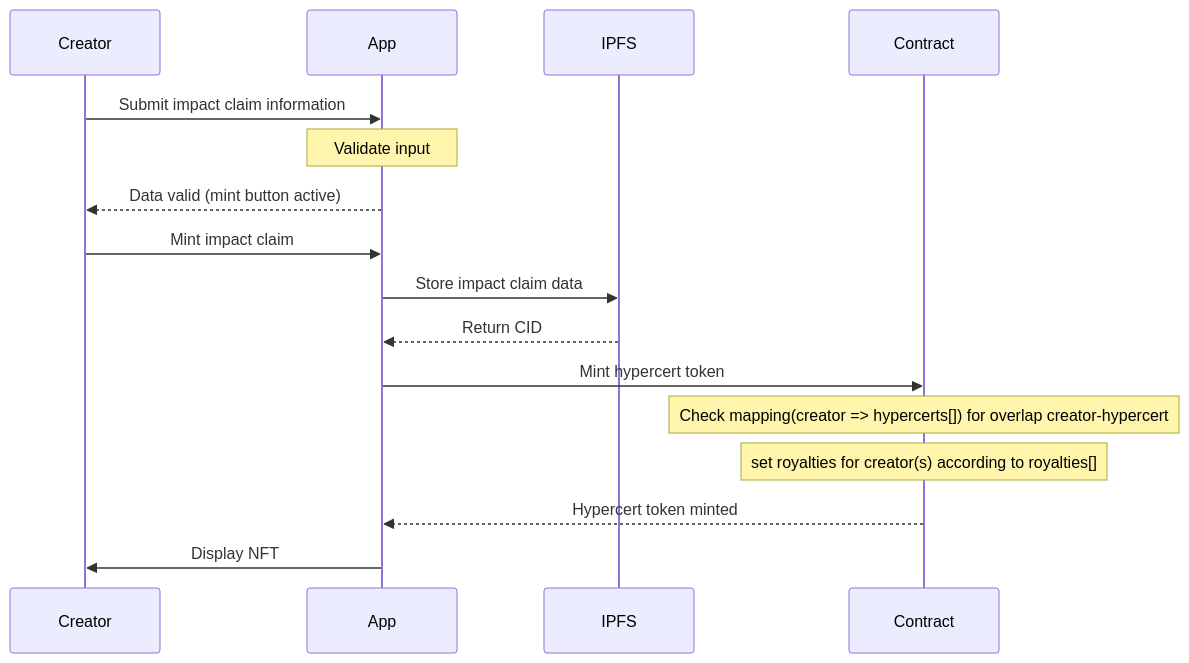
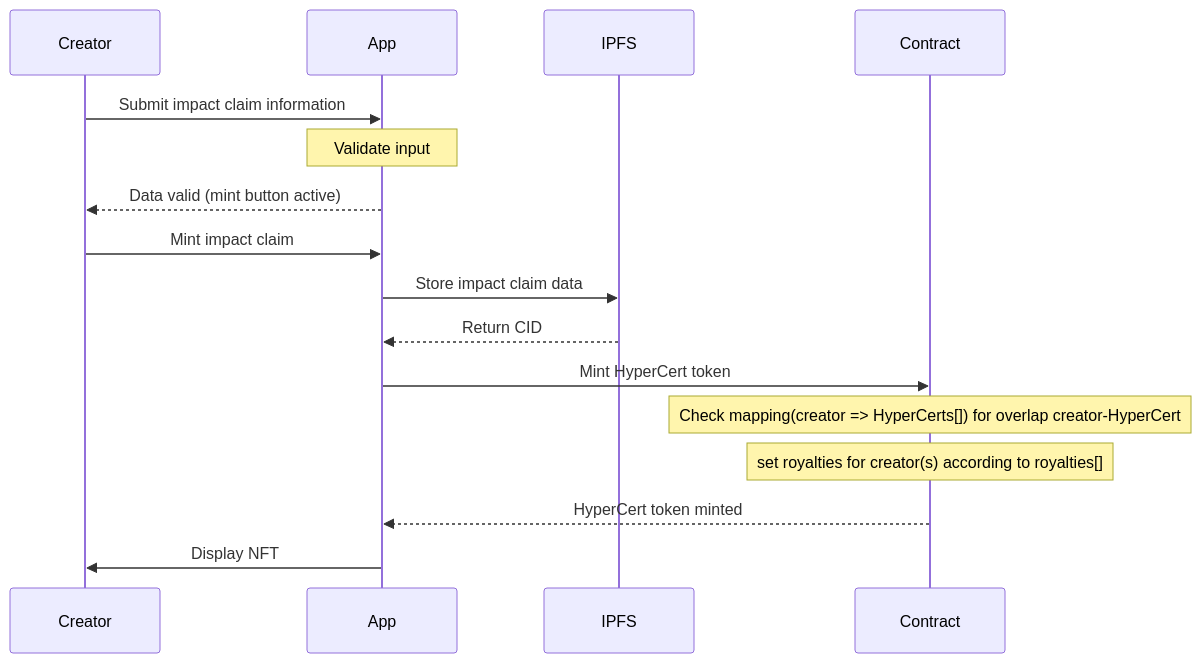
The diagram in docs/refinement/mint.md (Network-Goods/hypercerts-docs), drawn with Mermaid before and after one commit. The commit also changed other lines of this file and 9 other files, not shown here.

Commit message:
refactor: hypercert -> HyperCert

````diff
--- a/docs/refinement/mint.md
+++ b/docs/refinement/mint.md
@@ -5,18 +5,18 @@
 ```mermaid
     sequenceDiagram
         participant Creator
         participant App
         participant IPFS
         participant Contract
         Creator->>App: Submit impact claim information
         note over App: Validate input
         App-->>Creator: Data valid (mint button active)
         Creator->>App: Mint impact claim
         App->>IPFS: Store impact claim data
         IPFS-->>App: Return CID
-        App->>Contract: Mint hypercert token
-        note over Contract: Check mapping(creator => hypercerts[]) for overlap creator-hypercert
+        App->>Contract: Mint HyperCert token
+        note over Contract: Check mapping(creator => HyperCerts[]) for overlap creator-HyperCert
         note over Contract: set royalties for creator(s) according to royalties[]
-        Contract-->>App: Hypercert token minted
+        Contract-->>App: HyperCert token minted
         App->>Creator: Display NFT
 ```
````
